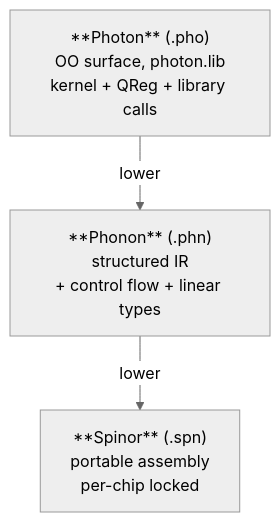
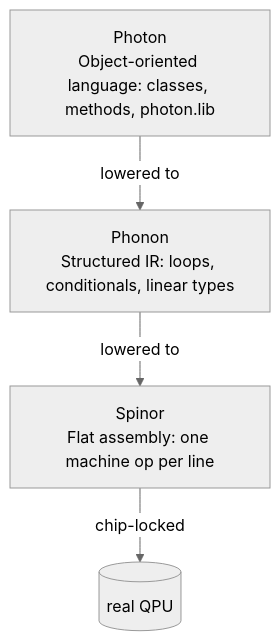
The diagram in docs/site/content/languages/index.md (nimesh08/quantum-stack), drawn with Mermaid (neutral theme) before and after one commit. The commit also changed other lines of this file and 275 other files, not shown here.

````diff
--- a/docs/site/content/languages/index.md
+++ b/docs/site/content/languages/index.md
@@ -6,8 +8,9 @@
 ```mermaid
 flowchart TB
-    photon["**Photon** (.pho)<br/>OO surface, photon.lib<br/>kernel + QReg + library calls"]
-    phonon["**Phonon** (.phn)<br/>structured IR<br/>+ control flow + linear types"]
-    spinor["**Spinor** (.spn)<br/>portable assembly<br/>per-chip locked"]
-    photon -->|lower| phonon
-    phonon -->|lower| spinor
+  photon["Photon\nObject-oriented language: classes, methods, photon.lib"]
+  phonon["Phonon\nStructured IR: loops, conditionals, linear types"]
+  spinor["Spinor\nFlat assembly: one machine op per line"]
+  photon -->|lowered to| phonon
+  phonon -->|lowered to| spinor
+  spinor -->|chip-locked| chip[(real QPU)]
 ```
````
